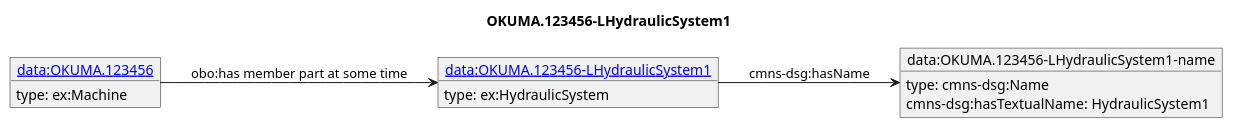
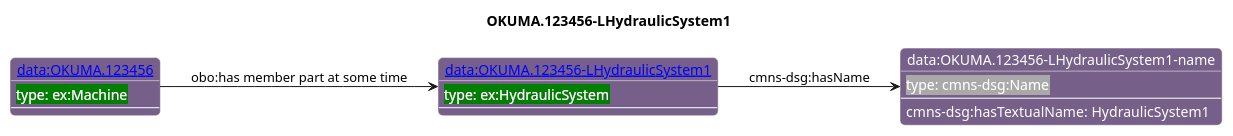
One commit to iofoundry/example-syseng-mtconnect changed the diagram in diagrams/OKUMA.123456-LHydraulicSystem1.puml. Above: the diagram before and after it, drawn with PlantUML. The commit also changed 144 other files, not shown here.

```diff
--- a/diagrams/OKUMA.123456-LHydraulicSystem1.puml
+++ b/diagrams/OKUMA.123456-LHydraulicSystem1.puml
@@ -1,17 +1,37 @@
 @startuml
 skinparam linetype polyline
 left to right direction
 title OKUMA.123456-LHydraulicSystem1
-object "[[./OKUMA.123456-LHydraulicSystem1.html data:OKUMA.123456-LHydraulicSystem1]]" as o1 {
- type: ex:HydraulicSystem 
+
+skinparam roundCorner 10
+
+skinparam object {
+  BackgroundColor 76608A
+  fontColor White
+  BorderColor White 
+  FontName Helvetica   
 }
-object "data:OKUMA.123456-LHydraulicSystem1-name" as o2 {
- type: cmns-dsg:Name 
+
+skinparam class{
+   BackgroundColor White
+   fontColor black
+   FontStyle bold
+   FontName Helvetica
 }
-object "[[./OKUMA.123456.html data:OKUMA.123456]]" as o3 {
- type: ex:Machine 
-}
+
+object "[[./OKUMA.123456-LHydraulicSystem1.html data:OKUMA.123456-LHydraulicSystem1]]" as o1 #76608A {
+ <back:#Green>type: ex:HydraulicSystem</back> 
+---
+ }
+object "data:OKUMA.123456-LHydraulicSystem1-name" as o2 #76608A {
+ <back:#DarkGrey>type: cmns-dsg:Name</back> 
+---
+ }
+object "[[./OKUMA.123456.html data:OKUMA.123456]]" as o3 #76608A {
+ <back:#Green>type: ex:Machine</back> 
+---
+ }
 o1 --> o2 : cmns-dsg:hasName
 o2 : cmns-dsg:hasTextualName: HydraulicSystem1
 o3 --> o1 : obo:has member part at some time
 @enduml
```
